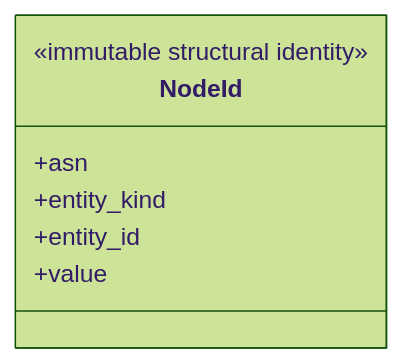
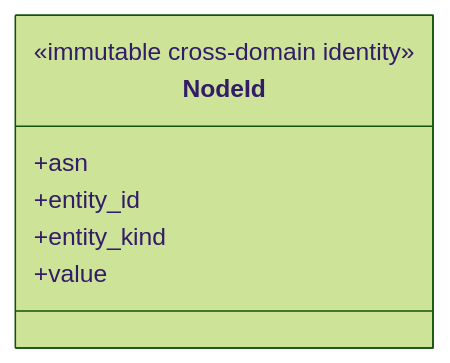
One commit to seed-labs/skyseed changed the second of 2 diagrams in skyseed_v2/src/skyseed_v2/shared/README.md. Above: the diagram before and after it, drawn with Mermaid (forest theme). The commit also changed other lines of this file and 256 other files, not shown here.

Commit message:
refactor: complete network planner architecture cutover

````diff
--- a/skyseed_v2/src/skyseed_v2/shared/README.md
+++ b/skyseed_v2/src/skyseed_v2/shared/README.md
@@ -42,10 +43,10 @@
 ```mermaid
 classDiagram
     class NodeId {
-        <<immutable structural identity>>
+        <<immutable cross-domain identity>>
         +asn
+        +entity_id
         +entity_kind
-        +entity_id
         +value
     }
 ```
````
